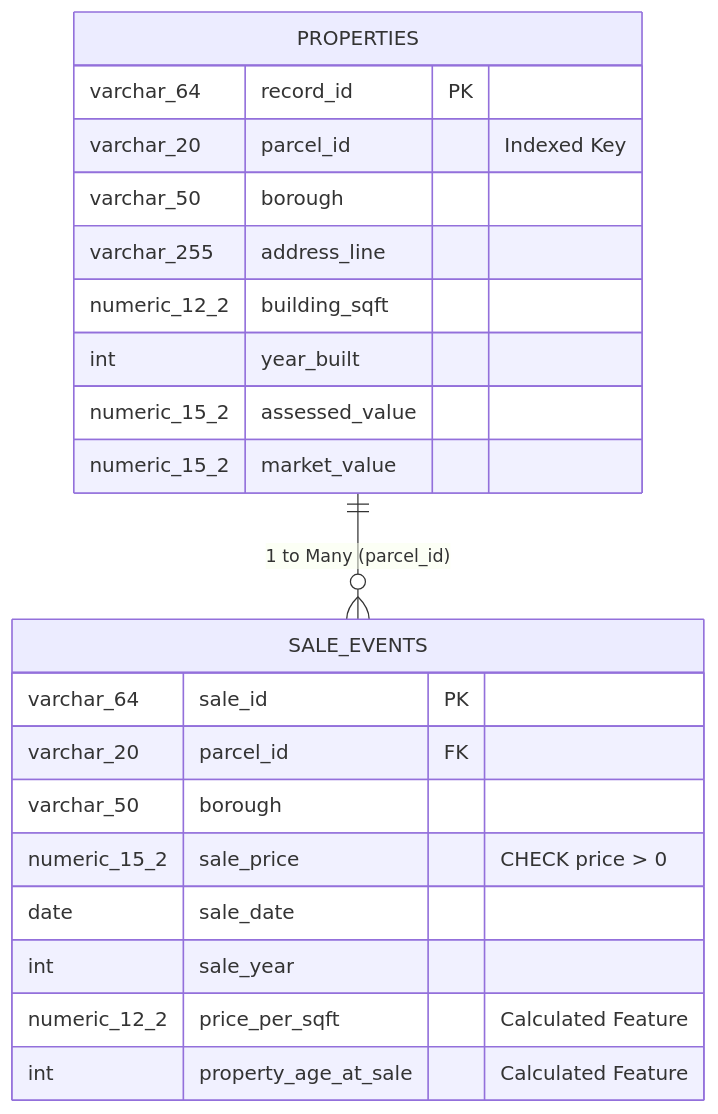
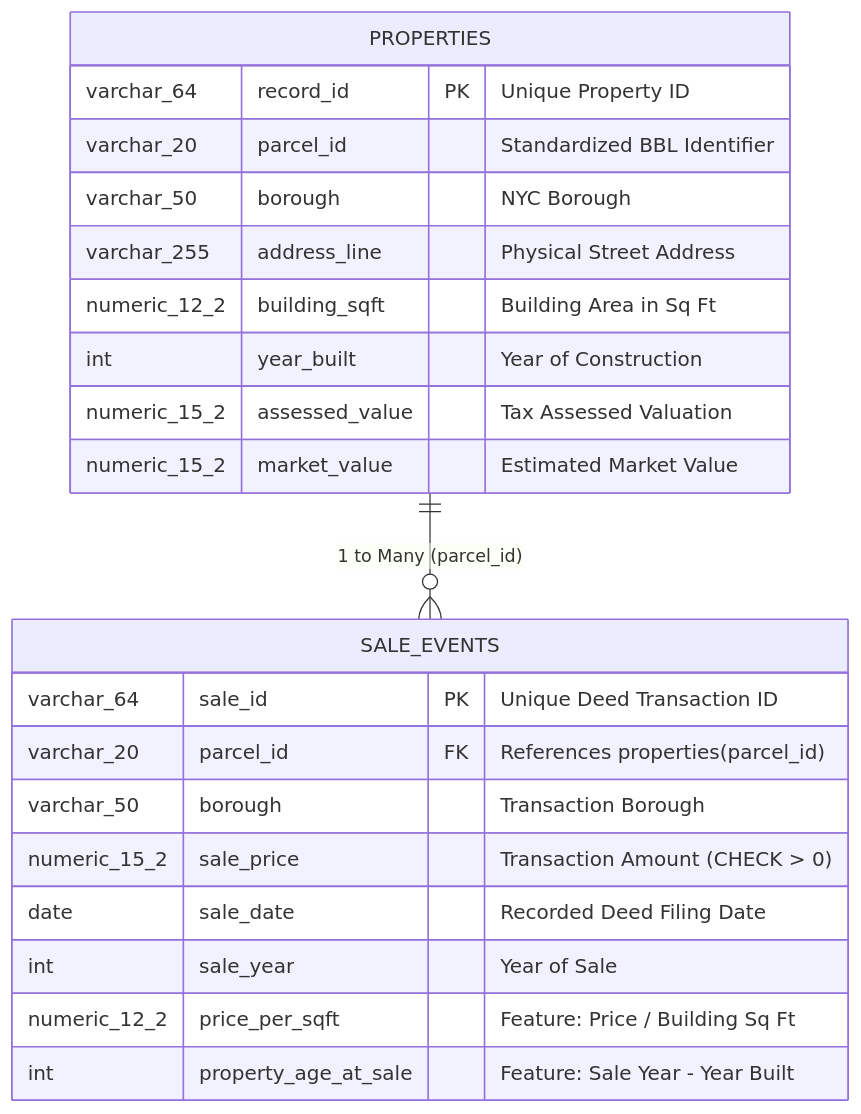
The second of 2 diagrams in FINAL_GROUP_PROJECT_SUBMISSION_REPORT.md (1221miki/House_Price_ETL), drawn with Mermaid before and after one commit. The commit also changed other lines of this file and 1 other file, not shown here.

Commit message:
Improve House Price ETL project

````diff
--- a/FINAL_GROUP_PROJECT_SUBMISSION_REPORT.md
+++ b/FINAL_GROUP_PROJECT_SUBMISSION_REPORT.md
@@ -126,24 +248,24 @@
 ```mermaid
 erDiagram
     PROPERTIES ||--o{ SALE_EVENTS : "1 to Many (parcel_id)"
     PROPERTIES {
-        varchar_64 record_id PK
-        varchar_20 parcel_id "Indexed Key"
-        varchar_50 borough
-        varchar_255 address_line
-        numeric_12_2 building_sqft
-        int year_built
-        numeric_15_2 assessed_value
-        numeric_15_2 market_value
+        varchar_64 record_id PK "Unique Property ID"
+        varchar_20 parcel_id "Standardized BBL Identifier"
+        varchar_50 borough "NYC Borough"
+        varchar_255 address_line "Physical Street Address"
+        numeric_12_2 building_sqft "Building Area in Sq Ft"
+        int year_built "Year of Construction"
+        numeric_15_2 assessed_value "Tax Assessed Valuation"
+        numeric_15_2 market_value "Estimated Market Value"
     }
     SALE_EVENTS {
-        varchar_64 sale_id PK
-        varchar_20 parcel_id FK
-        varchar_50 borough
-        numeric_15_2 sale_price "CHECK price > 0"
-        date sale_date
-        int sale_year
-        numeric_12_2 price_per_sqft "Calculated Feature"
-        int property_age_at_sale "Calculated Feature"
+        varchar_64 sale_id PK "Unique Deed Transaction ID"
+        varchar_20 parcel_id FK "References properties(parcel_id)"
+        varchar_50 borough "Transaction Borough"
+        numeric_15_2 sale_price "Transaction Amount (CHECK > 0)"
+        date sale_date "Recorded Deed Filing Date"
+        int sale_year "Year of Sale"
+        numeric_12_2 price_per_sqft "Feature: Price / Building Sq Ft"
+        int property_age_at_sale "Feature: Sale Year - Year Built"
     }
 ```
````
